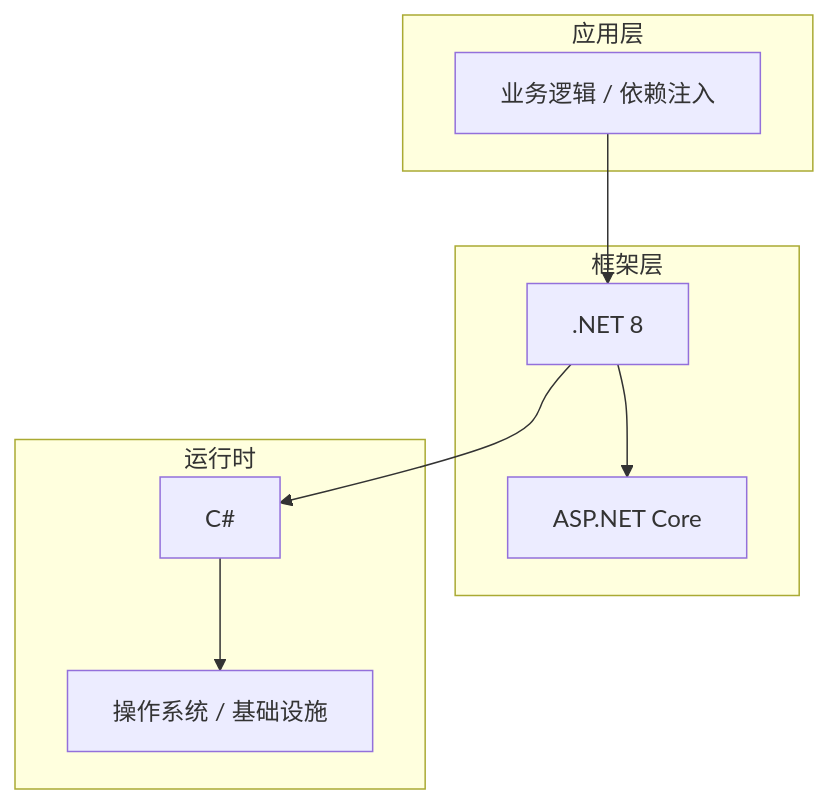
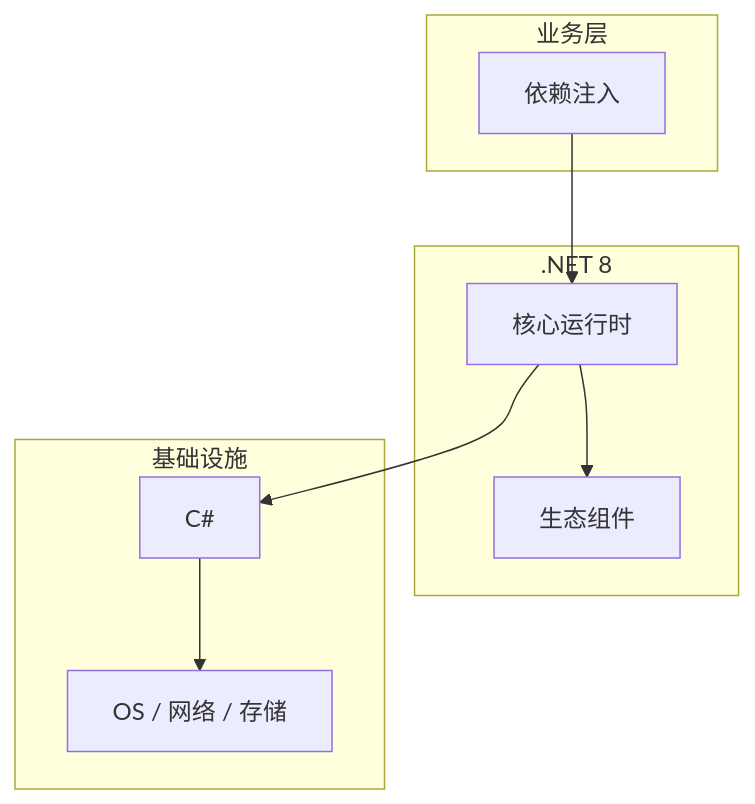
The diagram in articles/C#/chapters/083-依赖注入核心概念与原理.md (yanggan2015/knowledge-json-v2), drawn with Mermaid before and after one commit. The commit also changed other lines of this file and 10127 other files, not shown here.

````diff
--- a/articles/C#/chapters/083-依赖注入核心概念与原理.md
+++ b/articles/C#/chapters/083-依赖注入核心概念与原理.md
@@ -45,18 +34,18 @@
 ```mermaid
 graph TB
-    subgraph 应用层
-        A[业务逻辑 / 依赖注入]
+    subgraph 业务层
+        A[依赖注入]
     end
-    subgraph 框架层
-        B[.NET 8]
-        C[ASP.NET Core]
+    subgraph .NET 8
+        B[核心运行时]
+        C[生态组件]
     end
-    subgraph 运行时
+    subgraph 基础设施
         D[C#]
-        E[操作系统 / 基础设施]
+        E[OS / 网络 / 存储]
     end
     A --> B
     B --> C
     B --> D
     D --> E
 ```
````
